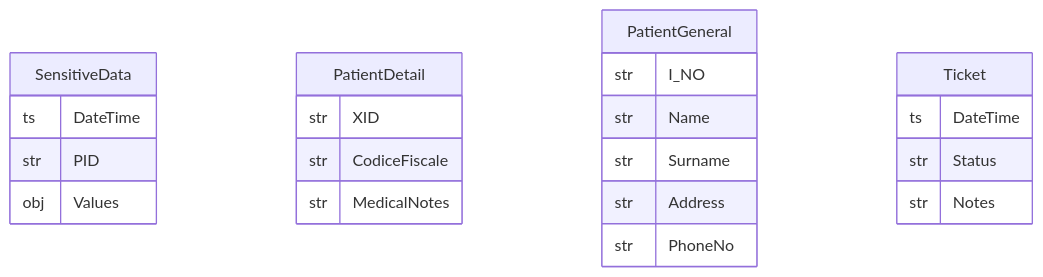
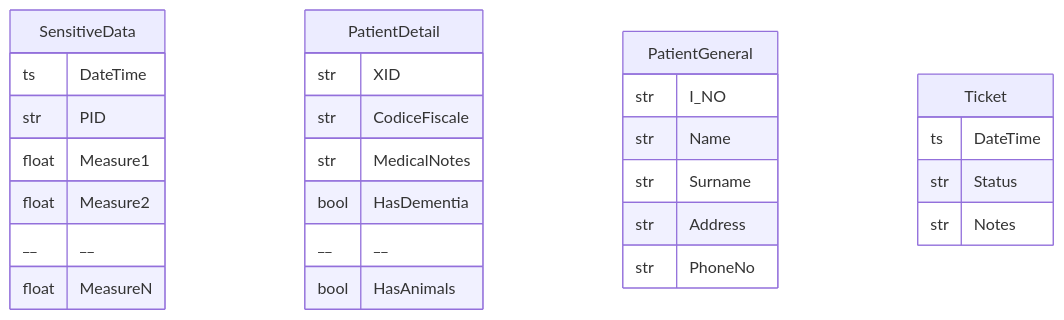
The fourth of 5 diagrams in model/readme.md (maffinyep/seranade-docs), drawn with Mermaid before and after one commit. The commit also changed other lines of this file and 2 other files, not shown here.

````diff
--- a/model/readme.md
+++ b/model/readme.md
@@ -134,25 +136,31 @@
 ```mermaid
 erDiagram
     SensitiveData {
         ts DateTime
         str PID
-        obj Values
+        float Measure1
+        float Measure2
+        __ __
+        float MeasureN
     }
     PatientDetail {
         str XID
         str CodiceFiscale
         str MedicalNotes
+        bool HasDementia
+        __ __
+        bool HasAnimals
     }
     PatientGeneral {
         str I_NO
         str Name
         str Surname
         str Address
         str PhoneNo
     }
     Ticket {
         ts DateTime
         str Status
         str Notes
     }
 ```
````
